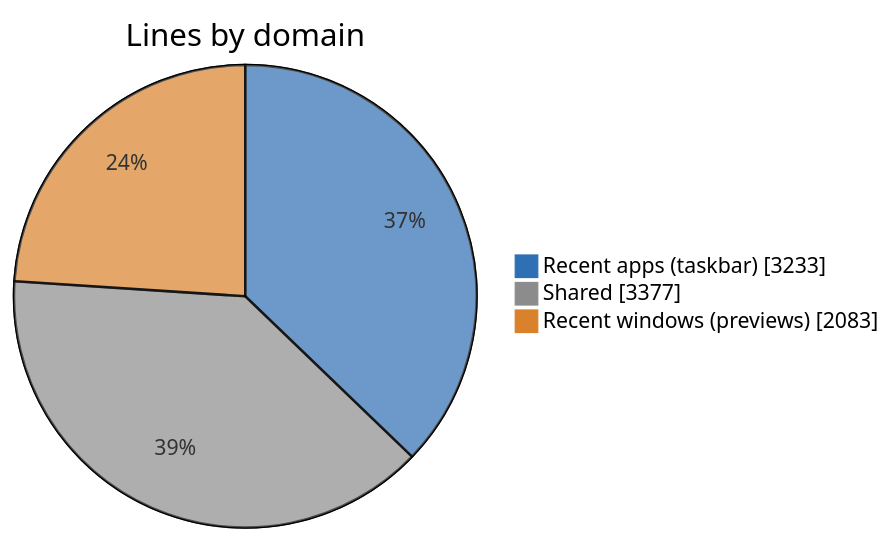
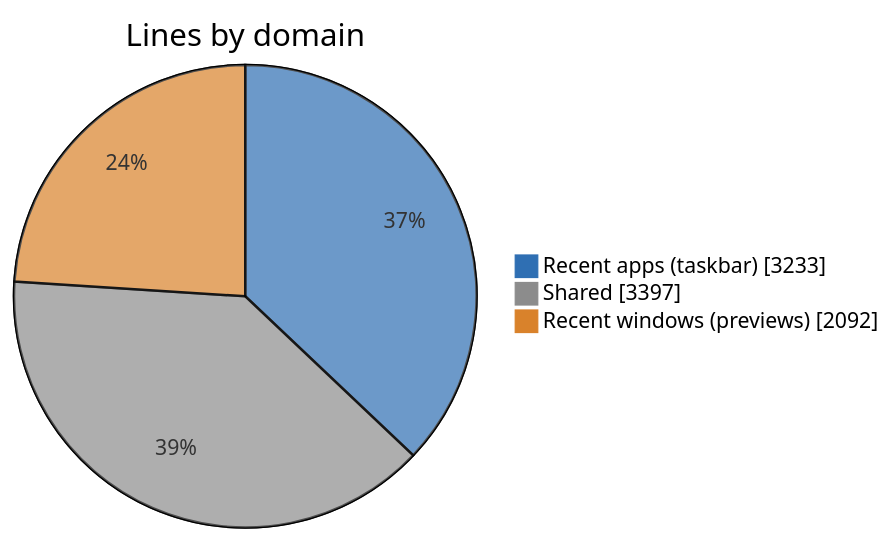
Before and after one commit to jvlasek/taskbar-recent-focus-highlight: the first of 5 diagrams in doc/code/code-breakdown.md, drawn with Mermaid. The commit also changed other lines of this file and 6 other files, not shown here.

````diff
--- a/doc/code/code-breakdown.md
+++ b/doc/code/code-breakdown.md
@@ -15,7 +15,7 @@
 ```mermaid
 %%{init: {"themeVariables": {"pie1": "#2F6FB3", "pie2": "#8C8C8C", "pie3": "#D9822B", "pieOuterStrokeWidth": "1px"}}}%%
 pie showData title Lines by domain
     "Recent apps (taskbar)" : 3233
-    "Shared" : 3377
-    "Recent windows (previews)" : 2083
+    "Shared" : 3397
+    "Recent windows (previews)" : 2092
 ```
````
